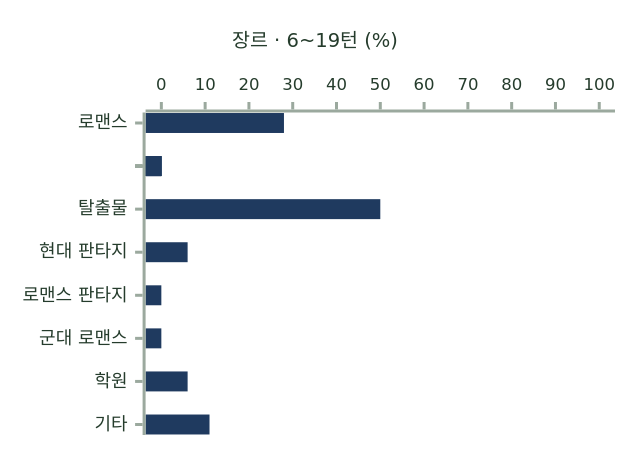
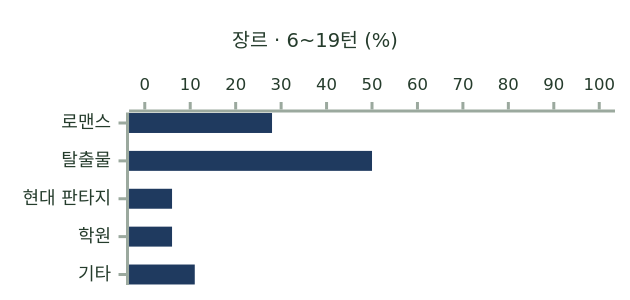
Before and after one commit to KIM-N-KANG/knk-harness: diagram 15 of 16 in docs/AI/CHAT/6-4-AI-EVALUATION-METHOD.md, drawn with Mermaid. The commit also changed other lines of this file, not shown here.

````diff
--- a/docs/AI/CHAT/6-4-AI-EVALUATION-METHOD.md
+++ b/docs/AI/CHAT/6-4-AI-EVALUATION-METHOD.md
@@ -245,8 +245,8 @@
 ```mermaid
-%%{init: {"theme": "base", "xyChart": {"width": 400, "height": 280, "titleFontSize": 13, "xAxis": {"labelFontSize": 12}, "yAxis": {"labelFontSize": 11, "showTitle": false}}, "themeVariables": {"xyChart": {"backgroundColor": "#FFFFFF", "titleColor": "#253C2C", "xAxisLabelColor": "#253C2C", "xAxisLineColor": "#9BA99E", "xAxisTickColor": "#9BA99E", "yAxisLabelColor": "#253C2C", "yAxisLineColor": "#9BA99E", "yAxisTickColor": "#9BA99E", "plotColorPalette": "#1F3A5F"}}}}%%
+%%{init: {"theme": "base", "xyChart": {"width": 400, "height": 180, "titleFontSize": 13, "xAxis": {"labelFontSize": 12}, "yAxis": {"labelFontSize": 11, "showTitle": false}}, "themeVariables": {"xyChart": {"backgroundColor": "#FFFFFF", "titleColor": "#253C2C", "xAxisLabelColor": "#253C2C", "xAxisLineColor": "#9BA99E", "xAxisTickColor": "#9BA99E", "yAxisLabelColor": "#253C2C", "yAxisLineColor": "#9BA99E", "yAxisTickColor": "#9BA99E", "plotColorPalette": "#1F3A5F"}}}}%%
 xychart-beta horizontal
     title "장르 · 6~19턴 (%)"
-    x-axis ["로맨스", " ", "탈출물", "  ", "현대 판타지", "   ", "로맨스 판타지", "    ", "군대 로맨스", "     ", "학원", "      ", "기타"]
+    x-axis ["로맨스", "탈출물", "현대 판타지", "학원", "기타"]
     y-axis 0 --> 100
-    bar [28, 0, 50, 0, 6, 0, 0, 0, 0, 0, 6, 0, 11]
+    bar [28, 50, 6, 6, 11]
 ```
````
